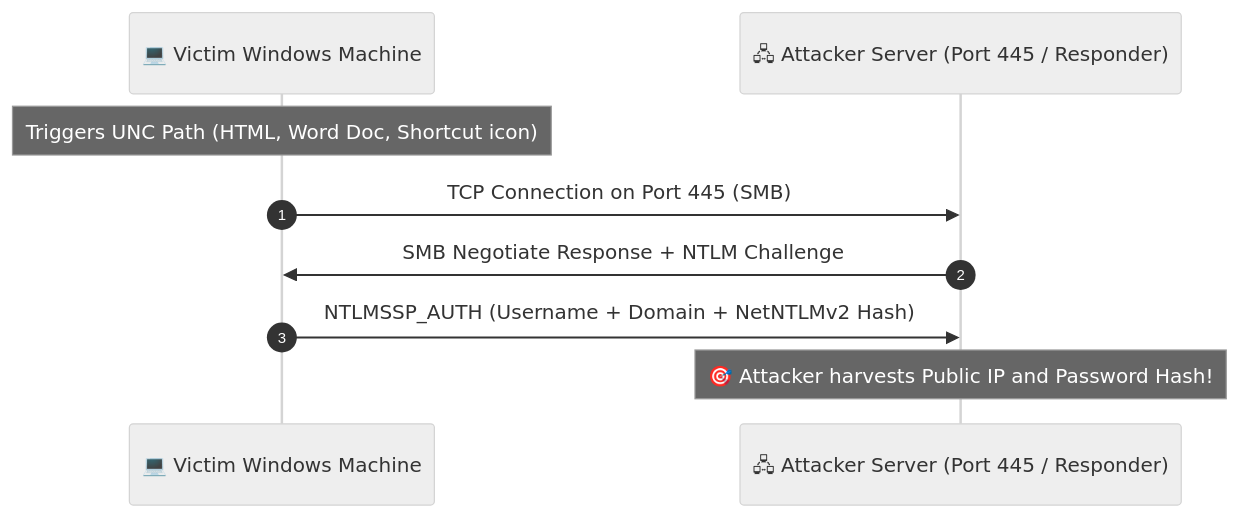
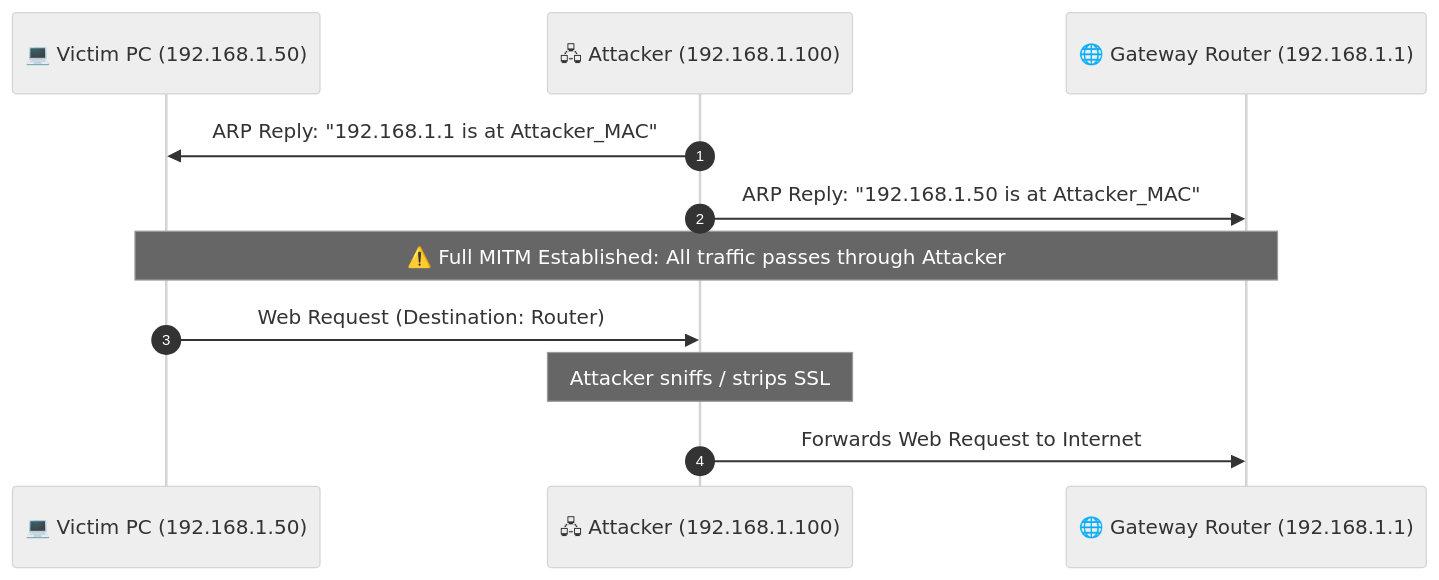
The second of 3 diagrams in README.md (DaddyZyn/Cyber-security-notes), drawn with Mermaid (neutral theme) before and after one commit. The commit also changed other lines of this file and 2 other files, not shown here.

Commit message:
feat: add module 08 (ARP poisoning, MITM & SSL stripping) and module 09 (TCP handshake exploits, SYN floods, RST injection & port scanning)

````diff
--- a/README.md
+++ b/README.md
@@ -77,11 +60,14 @@
 ```mermaid
 sequenceDiagram
     autonumber
-    participant Victim as 💻 Victim Windows Machine
-    participant Attacker as 🖧 Attacker Server (Port 445 / Responder)
-    Note over Victim: Triggers UNC Path (HTML, Word Doc, Shortcut icon)
-    Victim->>Attacker: TCP Connection on Port 445 (SMB)
-    Attacker->>Victim: SMB Negotiate Response + NTLM Challenge
-    Victim->>Attacker: NTLMSSP_AUTH (Username + Domain + NetNTLMv2 Hash)
-    Note over Attacker: 🎯 Attacker harvests Public IP and Password Hash!
+    participant Victim as 💻 Victim PC (192.168.1.50)
+    participant Attacker as 🖧 Attacker (192.168.1.100)
+    participant Router as 🌐 Gateway Router (192.168.1.1)
+
+    Attacker->>Victim: ARP Reply: "192.168.1.1 is at Attacker_MAC"
+    Attacker->>Router: ARP Reply: "192.168.1.50 is at Attacker_MAC"
+    Note over Victim,Router: ⚠️ Full MITM Established: All traffic passes through Attacker
+    Victim->>Attacker: Web Request (Destination: Router)
+    Note over Attacker: Attacker sniffs / strips SSL
+    Attacker->>Router: Forwards Web Request to Internet
 ```
````
